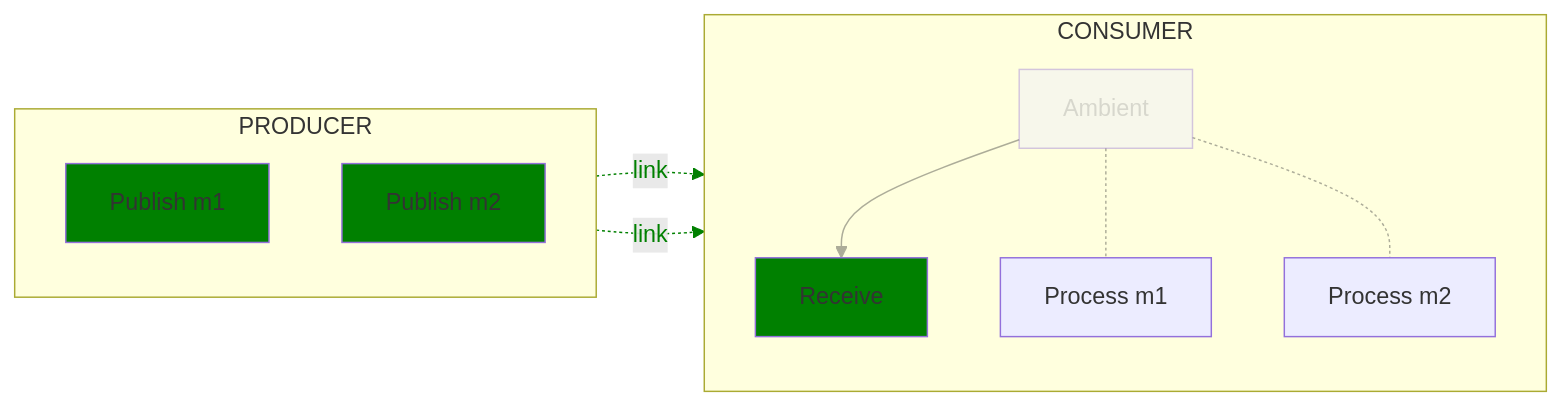
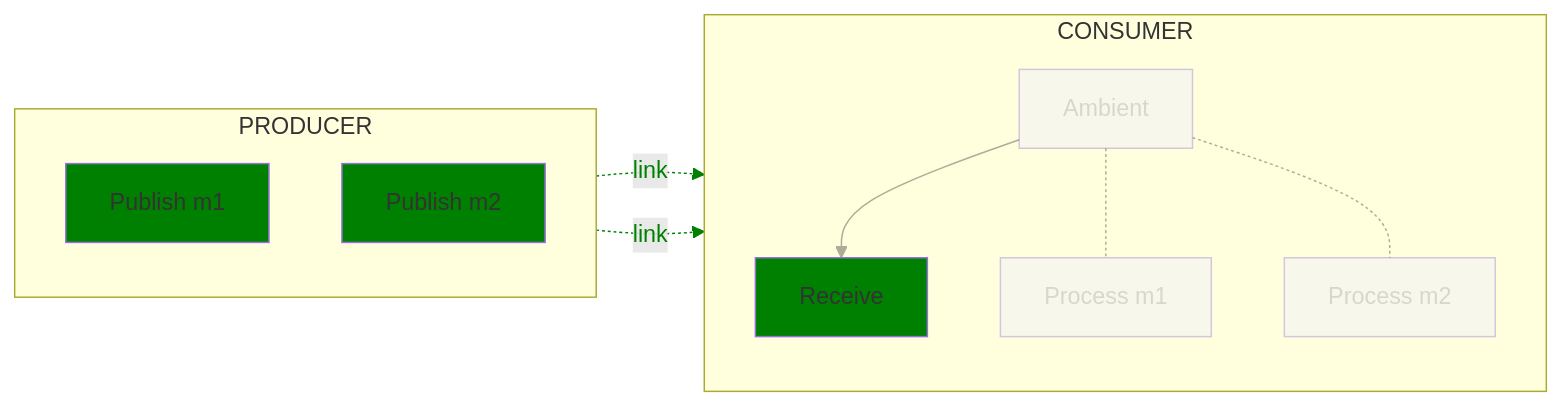
Before and after one commit to open-telemetry/oteps: diagram 11 of 13 in text/trace/0220-messaging-semantic-conventions-span-structure.md, drawn with Mermaid.

Commit message:
Fix opacity for mermaid diagrams

````diff
--- a/text/trace/0220-messaging-semantic-conventions-span-structure.md
+++ b/text/trace/0220-messaging-semantic-conventions-span-structure.md
@@ -504,23 +504,23 @@
 ```mermaid
 flowchart LR;
   subgraph PRODUCER
   direction TB
   PM1[Publish m1]
   PM2[Publish m2]
   end
   subgraph CONSUMER
   direction TB
   A[Ambient]-->R[Receive]
   A-.-PRM1[Process m1]
   A-.-PRM2[Process m2]
   end
   PM1-. link .->R;
   PM2-. link .->R;
 
   classDef normal fill:green
   class PM1,PM2,R normal
   classDef additional opacity:0.4
-  class A additional
+  class A,PRM1,PRM2 additional
   linkStyle 0,1,2 opacity:0.4
   linkStyle 3,4 color:green,stroke:green
 ```
````
